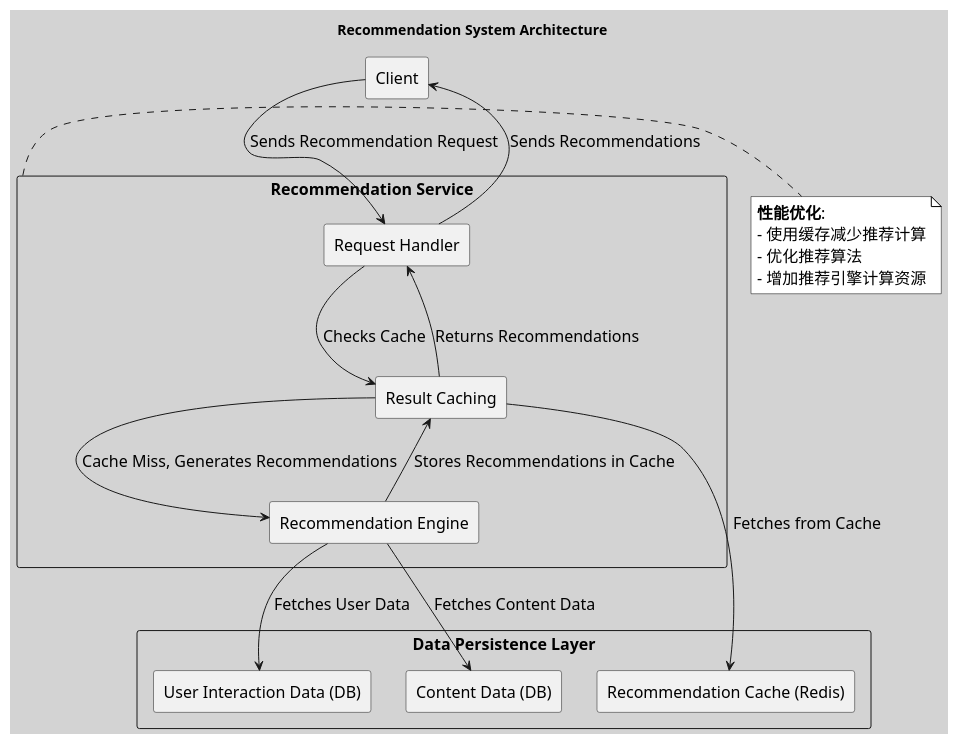
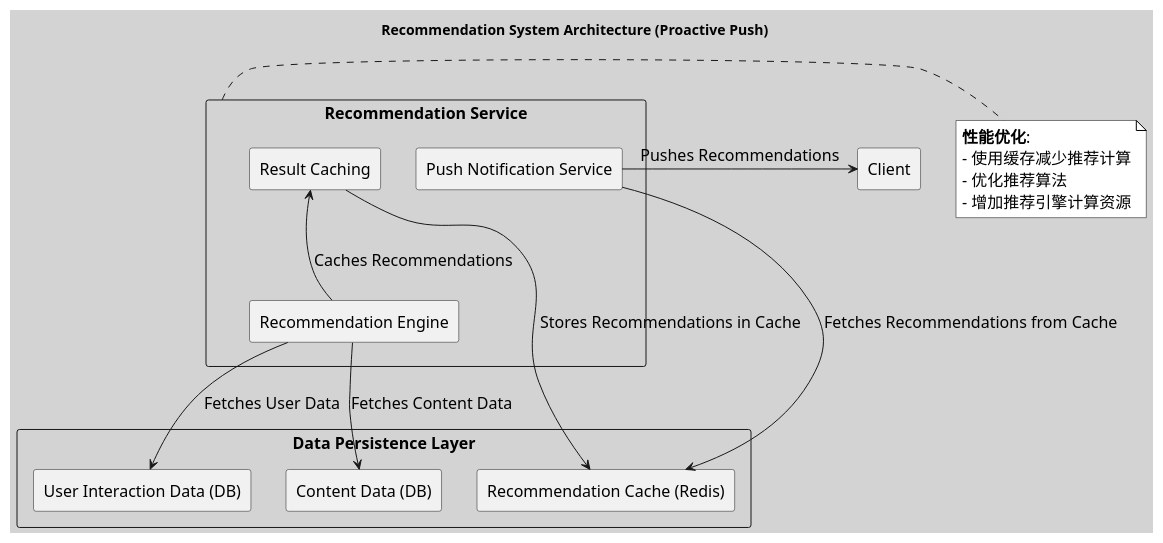
One commit to huangyingw/system_design changed the diagram in twitter/twitter_recommendation_system.puml. Above: the diagram before and after it, drawn with PlantUML.

```diff
--- a/twitter/twitter_recommendation_system.puml
+++ b/twitter/twitter_recommendation_system.puml
@@ -1,46 +1,43 @@
 @startuml
 
 skinparam backgroundColor #D3D3D3
 skinparam defaultFontName "Arial"
 skinparam defaultFontSize 16
 skinparam note {
     BackgroundColor #FFFFFF
     BorderColor #000000
     FontSize 16
     FontName "Arial"
 }
 
-title Recommendation System Architecture
+title Recommendation System Architecture (Proactive Push)
 
 rectangle "Client" as Client
 
 rectangle "Recommendation Service" as RS {
-    rectangle "Request Handler" as RH
     rectangle "Recommendation Engine" as RE
     rectangle "Result Caching" as RC
+    rectangle "Push Notification Service" as PNS
 }
 
 rectangle "Data Persistence Layer" as DPS {
     rectangle "User Interaction Data (DB)" as UID
     rectangle "Content Data (DB)" as CD
     rectangle "Recommendation Cache (Redis)" as RCache
 }
 
-Client -down-> RH : Sends Recommendation Request
-RH -down-> RC : Checks Cache
-RC -down-> RCache : Fetches from Cache
-RC -down-> RE : Cache Miss, Generates Recommendations
 RE -down-> UID : Fetches User Data
 RE -down-> CD : Fetches Content Data
-RE -up-> RC : Stores Recommendations in Cache
-RC -up-> RH : Returns Recommendations
-RH -up-> Client : Sends Recommendations
+RE -up-> RC : Caches Recommendations
+RC -down-> RCache : Stores Recommendations in Cache
+PNS -down-> RCache : Fetches Recommendations from Cache
+PNS -right-> Client : Pushes Recommendations
 
 note right of RS
   **性能优化**:
   - 使用缓存减少推荐计算
   - 优化推荐算法
   - 增加推荐引擎计算资源
 end note
 
 @enduml
```
